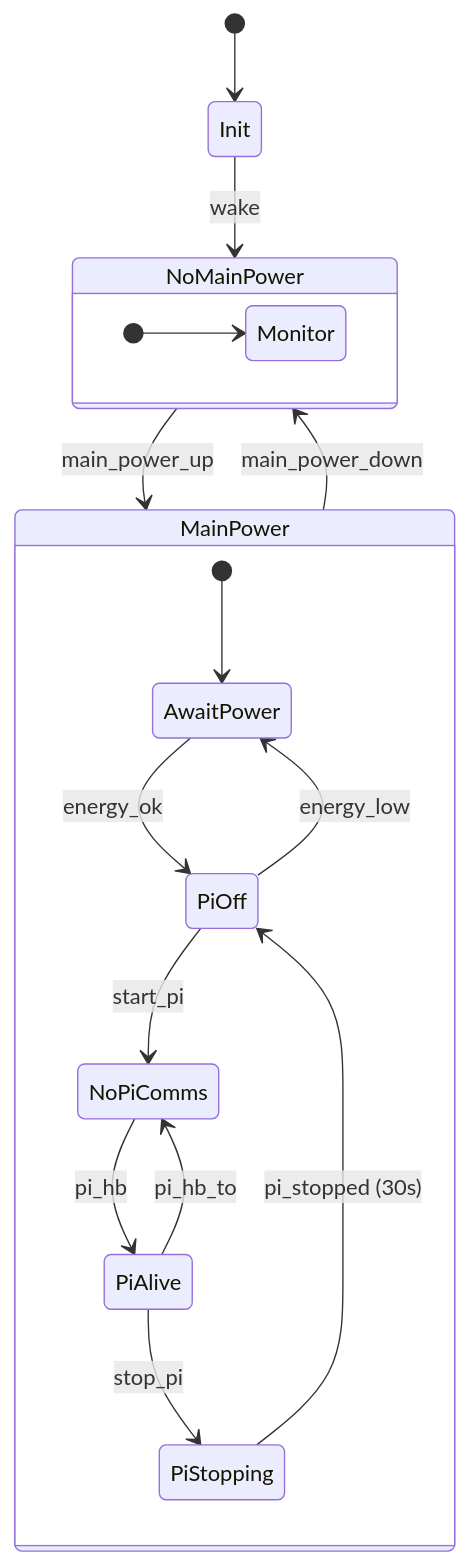
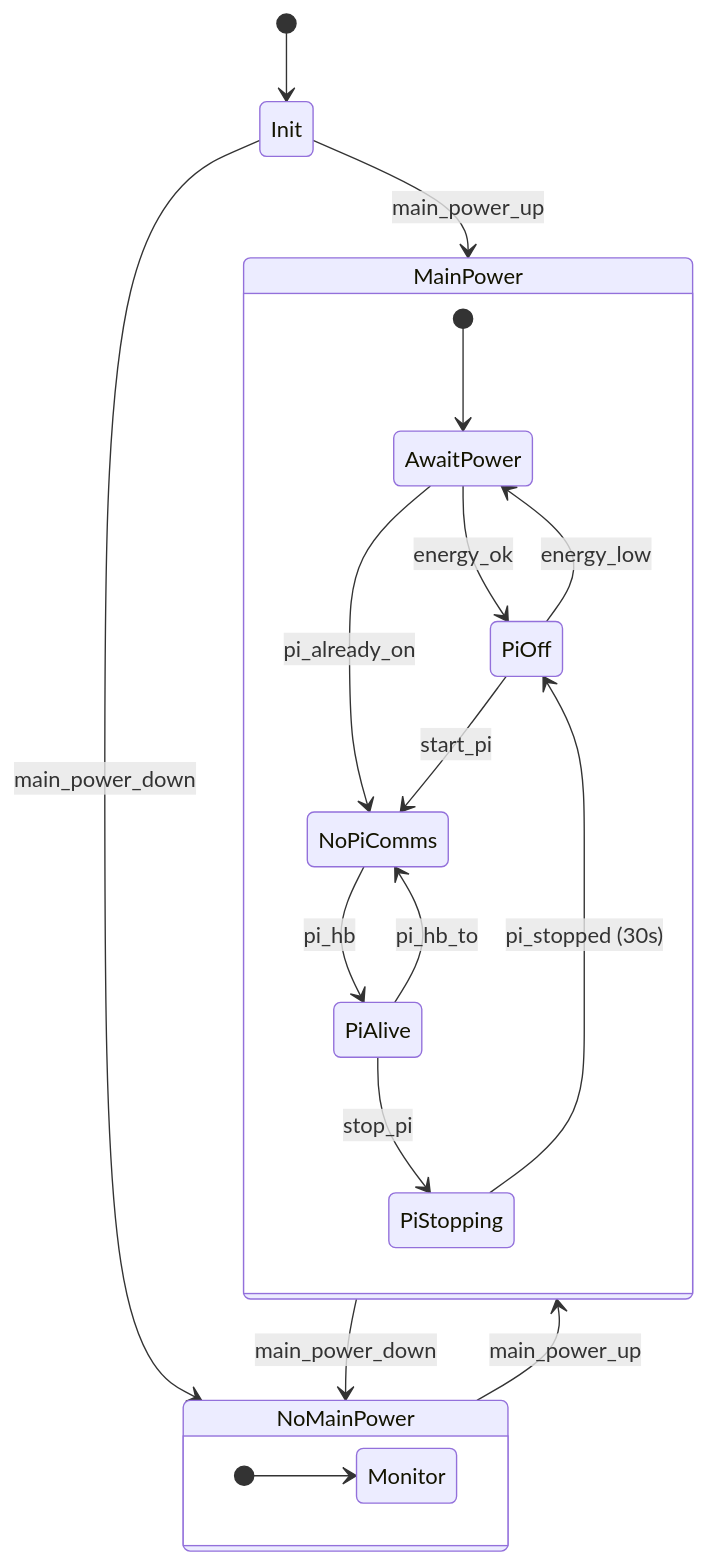
The diagram in Compute.md (csosborn/roboat), drawn with Mermaid before and after one commit. The commit also changed other lines of this file, not shown here.

First line of the commit message:
Document the power safety rules and the updated power state machine.

````diff
--- a/Compute.md
+++ b/Compute.md
@@ -38,22 +49,24 @@
 ```mermaid
 stateDiagram
     [*] --> Init
     state NoMainPower {
         direction LR
         [*] --> Monitor
     }
     state MainPower {
         [*] --> AwaitPower
         AwaitPower --> PiOff : energy_ok
+        AwaitPower --> NoPiComms : pi_already_on
         PiOff --> AwaitPower : energy_low
         PiOff --> NoPiComms : start_pi
         NoPiComms --> PiAlive : pi_hb
         PiAlive --> NoPiComms : pi_hb_to
         PiAlive --> PiStopping : stop_pi
         PiStopping --> PiOff : pi_stopped (30s)
-    }   
-    Init --> NoMainPower : wake
+    }
+    Init --> MainPower : main_power_up
+    Init --> NoMainPower : main_power_down
     NoMainPower --> MainPower : main_power_up
     MainPower --> NoMainPower : main_power_down
 
 ```
````
